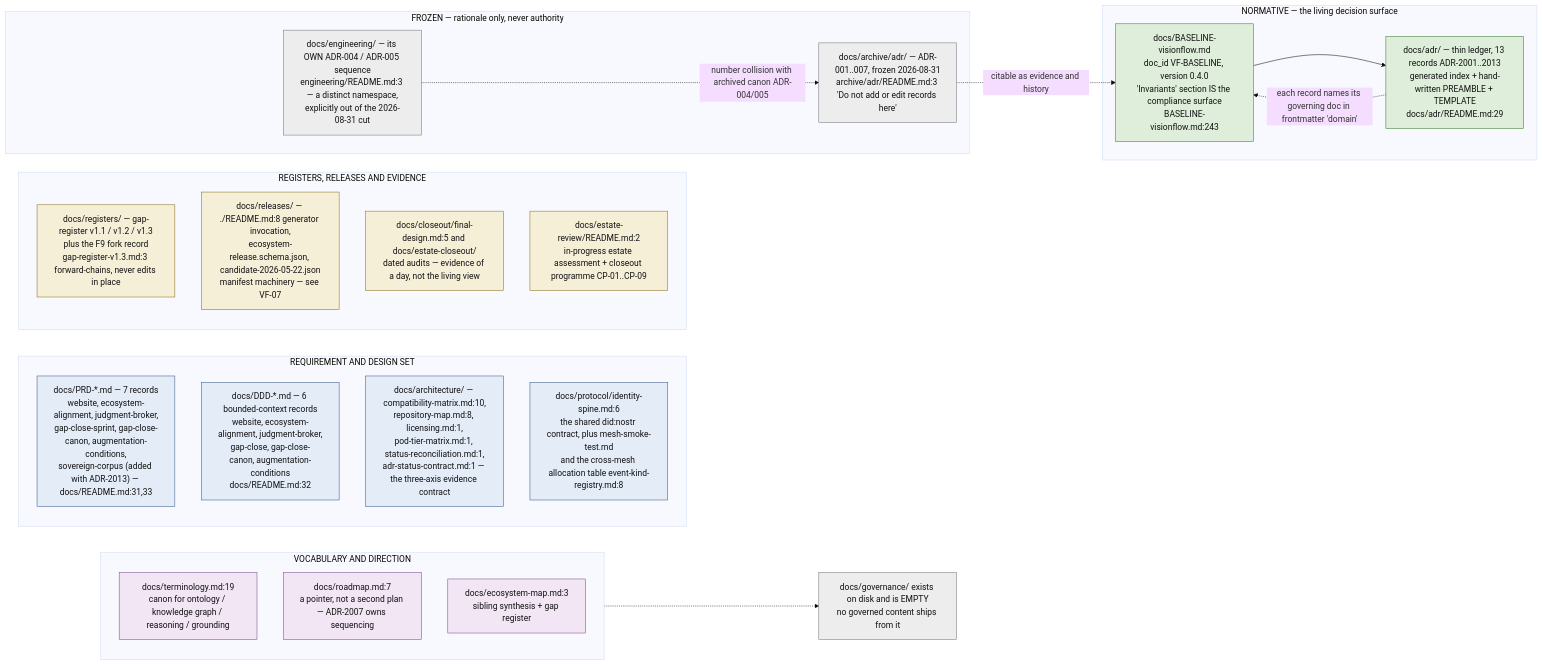
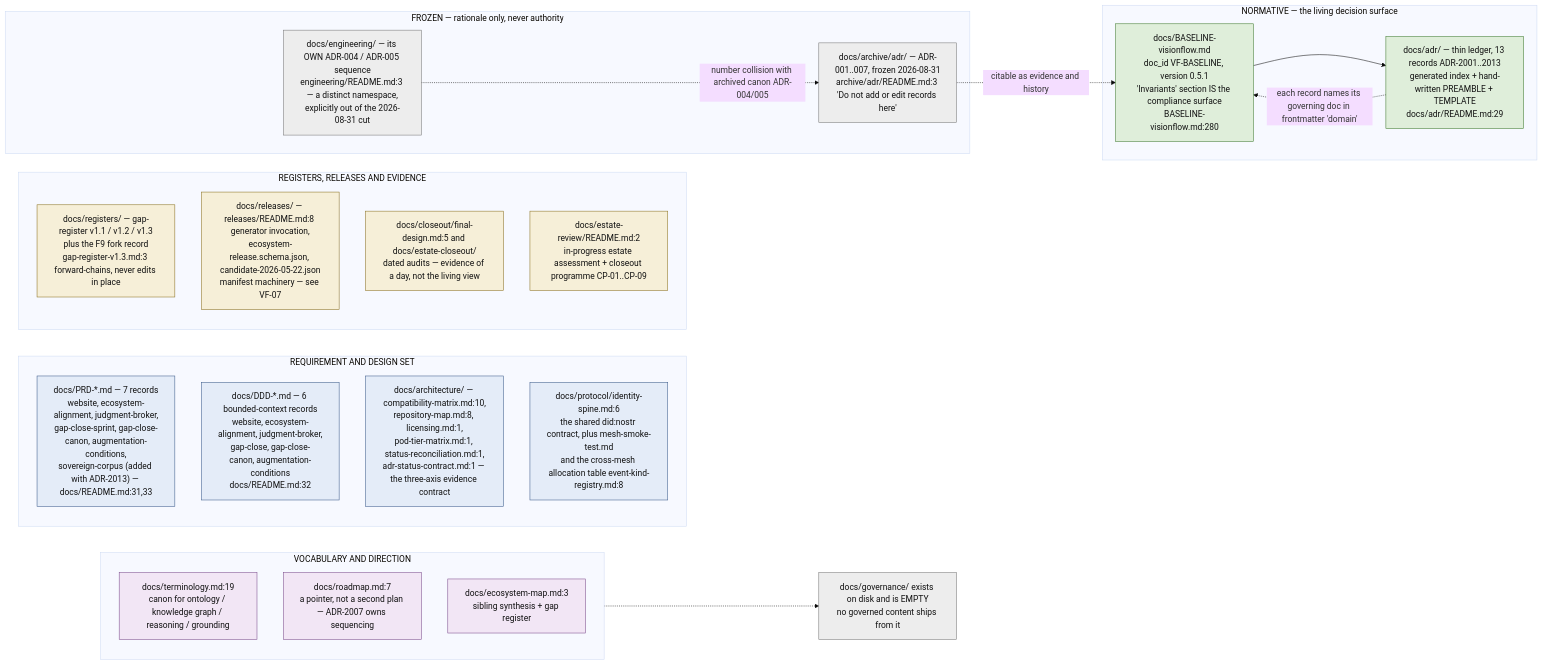
One commit to DreamLab-AI/VisionFlow changed the first of 11 diagrams in docs/diagrams/visionflow/01-repo-composition-and-canon.md. Above: the diagram before and after it, drawn with Mermaid (base theme). The commit also changed other lines of this file and 94 other files, not shown here.

First line of the commit message:
docs(diagrams): re-verify 130 topics against 2 October HEADs

````diff
--- a/docs/diagrams/visionflow/01-repo-composition-and-canon.md
+++ b/docs/diagrams/visionflow/01-repo-composition-and-canon.md
@@ -65,45 +66,45 @@
 ```mermaid
 flowchart LR
     classDef norm fill:#dfeeda,stroke:#3f7a2f,color:#111
     classDef spec fill:#e4ecf8,stroke:#3a5a8a,color:#111
     classDef reg fill:#f6efd8,stroke:#8a7020,color:#111
     classDef frozen fill:#ededed,stroke:#777,color:#111
     classDef other fill:#f2e6f5,stroke:#7a4a8a,color:#111
 
     subgraph LIVING["NORMATIVE — the living decision surface"]
-        BASE["docs/BASELINE-visionflow.md<br/>doc_id VF-BASELINE, version 0.4.0<br/>'Invariants' section IS the compliance surface<br/>BASELINE-visionflow.md:243"]:::norm
+        BASE["docs/BASELINE-visionflow.md<br/>doc_id VF-BASELINE, version 0.5.1<br/>'Invariants' section IS the compliance surface<br/>BASELINE-visionflow.md:280"]:::norm
         LED["docs/adr/ — thin ledger, 13 records ADR-2001..2013<br/>generated index + hand-written PREAMBLE + TEMPLATE<br/>docs/adr/README.md:29"]:::norm
     end
 
     subgraph SPECS["REQUIREMENT AND DESIGN SET"]
         PRD["docs/PRD-*.md — 7 records<br/>website, ecosystem-alignment, judgment-broker,<br/>gap-close-sprint, gap-close-canon, augmentation-conditions,<br/>sovereign-corpus (added with ADR-2013) — docs/README.md:31,33"]:::spec
         DDD["docs/DDD-*.md — 6 bounded-context records<br/>website, ecosystem-alignment, judgment-broker,<br/>gap-close, gap-close-canon, augmentation-conditions<br/>docs/README.md:32"]:::spec
         ARCH["docs/architecture/ — compatibility-matrix.md:10,<br/>repository-map.md:8, licensing.md:1,<br/>pod-tier-matrix.md:1, status-reconciliation.md:1,<br/>adr-status-contract.md:1 — the three-axis evidence contract"]:::spec
         PROTO["docs/protocol/identity-spine.md:6<br/>the shared did:nostr contract, plus mesh-smoke-test.md<br/>and the cross-mesh allocation table event-kind-registry.md:8"]:::spec
     end
 
     subgraph EVID["REGISTERS, RELEASES AND EVIDENCE"]
         REG["docs/registers/ — gap-register v1.1 / v1.2 / v1.3<br/>plus the F9 fork record<br/>gap-register-v1.3.md:3 forward-chains, never edits in place"]:::reg
-        REL["docs/releases/ — ./README.md:8 generator invocation,<br/>ecosystem-release.schema.json, candidate-2026-05-22.json<br/>manifest machinery — see VF-07"]:::reg
+        REL["docs/releases/ — releases/README.md:8 generator invocation,<br/>ecosystem-release.schema.json, candidate-2026-05-22.json<br/>manifest machinery — see VF-07"]:::reg
         CLOSE["docs/closeout/final-design.md:5 and docs/estate-closeout/<br/>dated audits — evidence of a day, not the living view"]:::reg
         REVIEW["docs/estate-review/README.md:2<br/>in-progress estate assessment + closeout programme CP-01..CP-09"]:::reg
     end
 
     subgraph WORDS["VOCABULARY AND DIRECTION"]
         TERM["docs/terminology.md:19<br/>canon for ontology / knowledge graph / reasoning / grounding"]:::other
         ROAD["docs/roadmap.md:7<br/>a pointer, not a second plan — ADR-2007 owns sequencing"]:::other
         MAP["docs/ecosystem-map.md:3<br/>sibling synthesis + gap register"]:::other
     end
 
     subgraph FROZEN["FROZEN — rationale only, never authority"]
         ARCHV["docs/archive/adr/ — ADR-001..007, frozen 2026-08-31<br/>archive/adr/README.md:3 'Do not add or edit records here'"]:::frozen
         ENG["docs/engineering/ — its OWN ADR-004 / ADR-005 sequence<br/>engineering/README.md:3 — a distinct namespace,<br/>explicitly out of the 2026-08-31 cut"]:::frozen
     end
 
     BASE --> LED
     LED -.->|"each record names its governing doc in frontmatter 'domain'"| BASE
     ARCHV -.->|"citable as evidence and history"| BASE
     ENG -.->|"number collision with archived canon ADR-004/005"| ARCHV
     EMPTY["docs/governance/ exists on disk and is EMPTY<br/>no governed content ships from it"]:::frozen
     WORDS -.-> EMPTY
 ```
````
